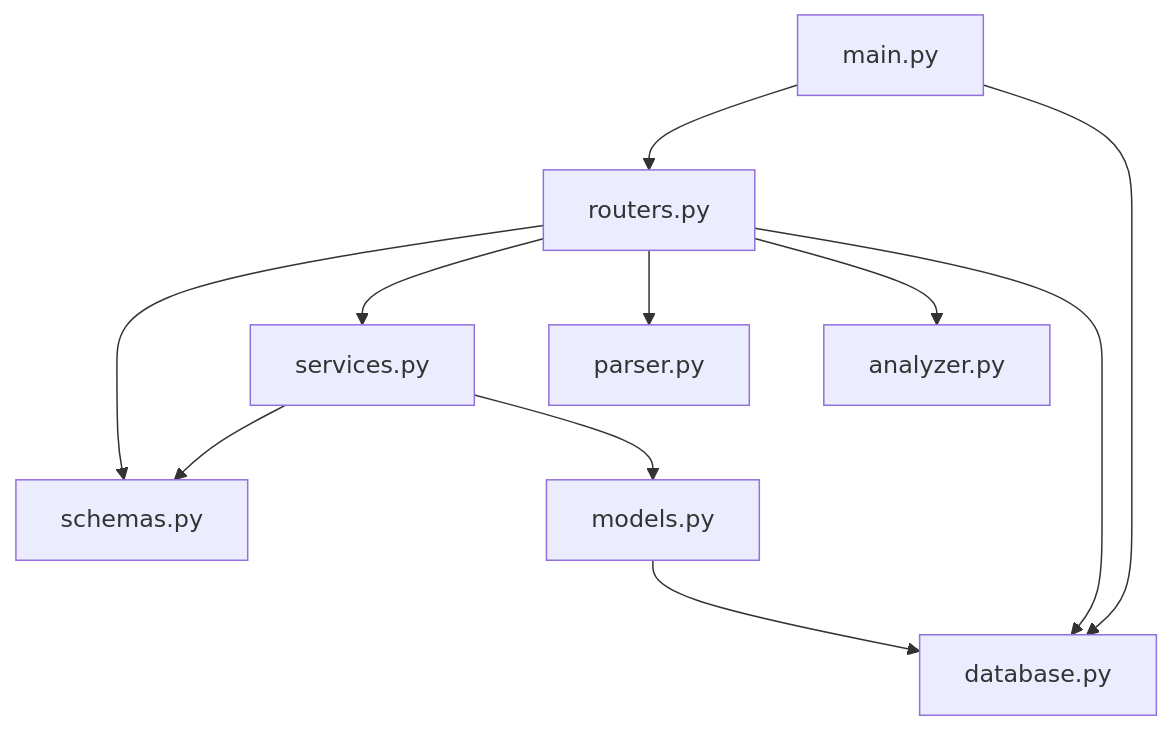
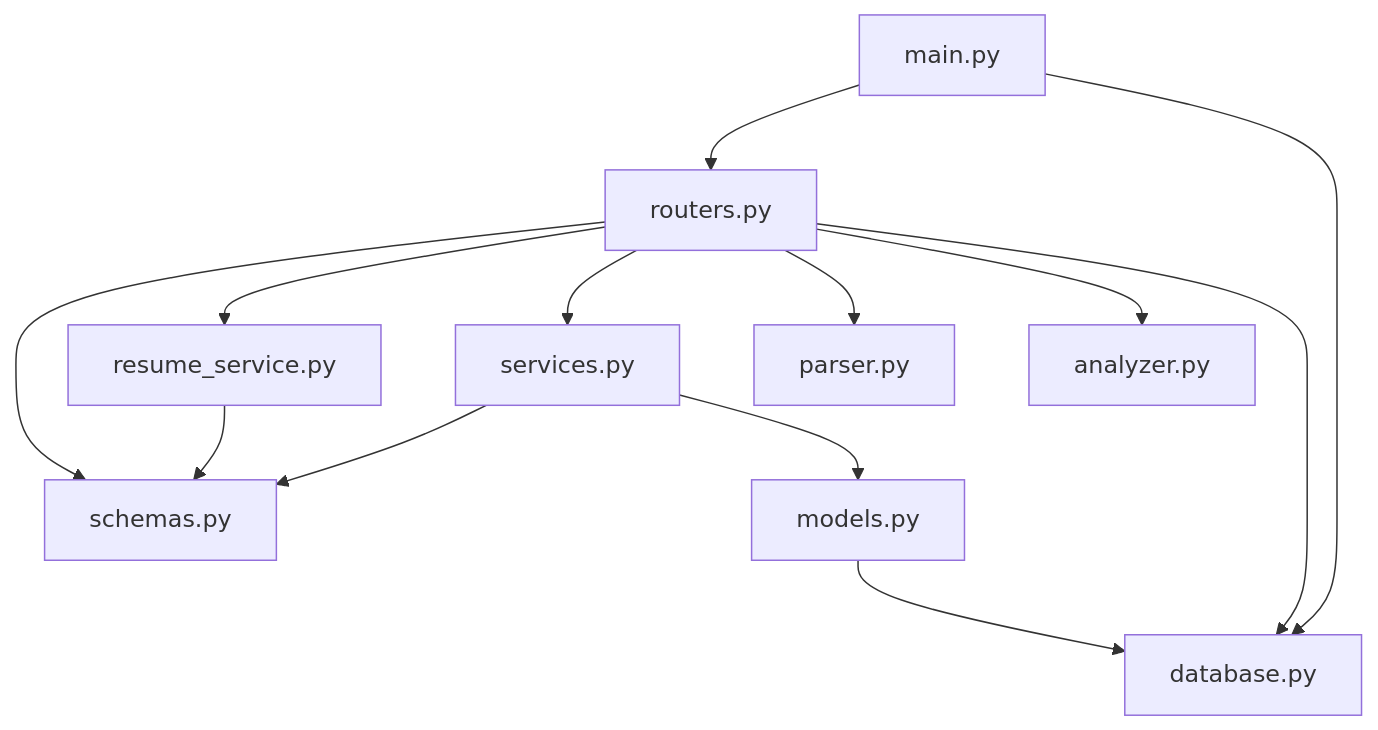
Before and after one commit to walteryt0994/RoleRadar: the diagram in README.md, drawn with Mermaid. The commit also changed other lines of this file and 8 other files, not shown here.

````diff
--- a/README.md
+++ b/README.md
@@ -386,15 +409,17 @@
 ```mermaid
 flowchart TD
     main["main.py"] --> routers["routers.py"]
     main --> database["database.py"]
 
     routers --> schemas["schemas.py"]
+    routers --> resume_service["resume_service.py"]
     routers --> services["services.py"]
     routers --> parser["parser.py"]
     routers --> analyzer["analyzer.py"]
     routers --> database
 
+    resume_service --> schemas
     services --> schemas
     services --> models["models.py"]
     models --> database
 ```
````
